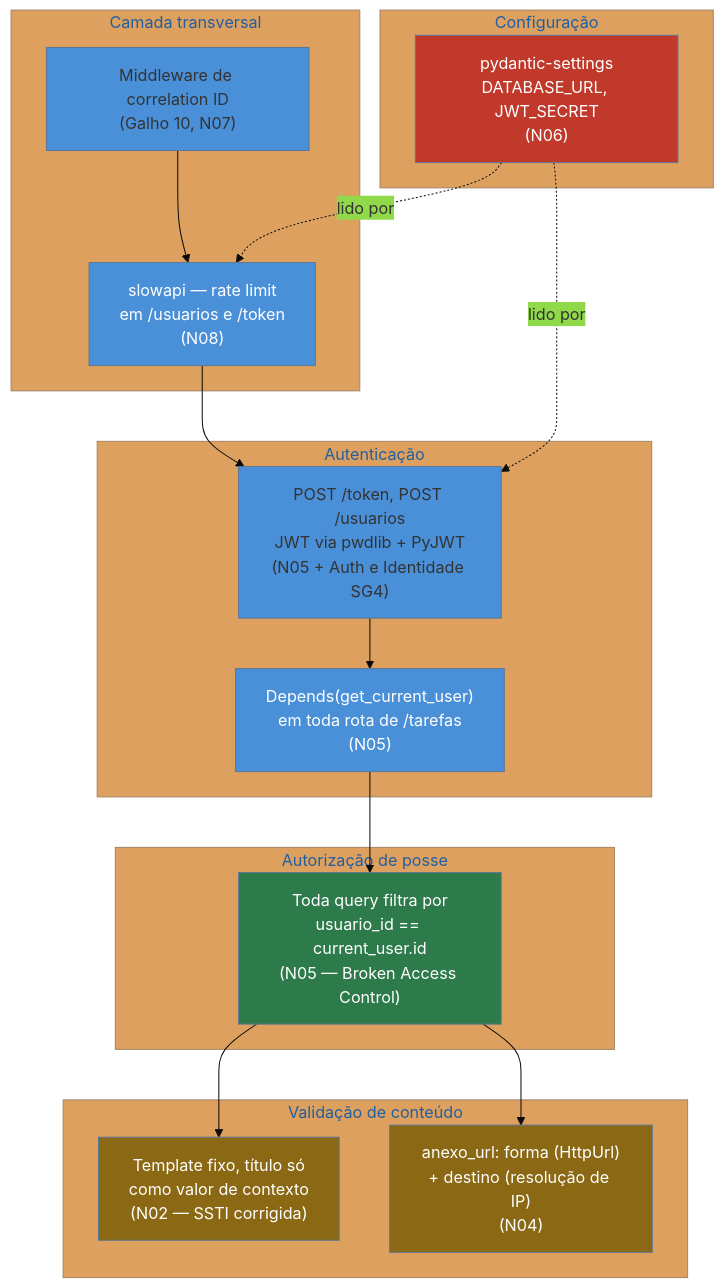
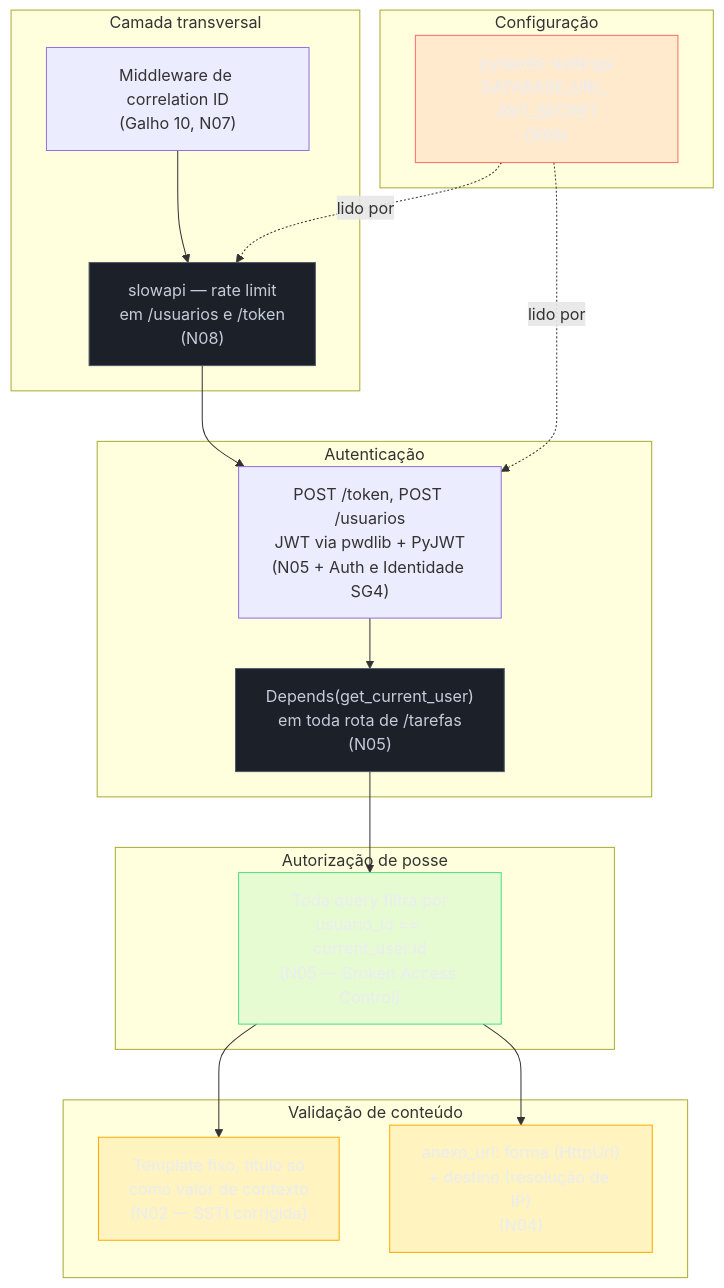
The third of 3 diagrams in 03-Dominios/Tecnologia/Python/Segurança/09 - Capstone — hardening da API do Galho 10.md (josenaldo/codex-technomanticus), drawn with Mermaid before and after one commit. The commit also changed other lines of this file and 1181 other files, not shown here.

First line of the commit message:
fix(diagramas): paleta do sistema no lugar de cor cravada no markdown

````diff
--- a/03-Dominios/Tecnologia/Python/Segurança/09 - Capstone — hardening da API do Galho 10.md
+++ b/03-Dominios/Tecnologia/Python/Segurança/09 - Capstone — hardening da API do Galho 10.md
@@ -598,38 +598,41 @@
 ```mermaid
-%%{init: {"theme": "base", "themeVariables": {"primaryColor": "#4A90D9"}}}%%
 flowchart TB
+    classDef neutro fill:#1B2029,stroke:#4E5666,color:#C6CCD8
+    classDef ok fill:#4ADE8021,stroke:#4ADE80,color:#E9ECF2
+    classDef destaque fill:#FFAA0024,stroke:#FFAA00,color:#E9ECF2
+    classDef falha fill:#FF6B6B24,stroke:#FF6B6B,color:#E9ECF2
     subgraph Entrada["Camada transversal"]
         MW["Middleware de correlation ID\n(Galho 10, N07)"]
         RL["slowapi — rate limit\nem /usuarios e /token\n(N08)"]
     end
 
     subgraph AuthCamada["Autenticação"]
         TOKEN["POST /token, POST /usuarios\nJWT via pwdlib + PyJWT\n(N05 + Auth e Identidade SG4)"]
         DEP_AUTH["Depends(get_current_user)\nem toda rota de /tarefas\n(N05)"]
     end
 
     subgraph Autorizacao["Autorização de posse"]
         FILTRO["Toda query filtra por\nusuario_id == current_user.id\n(N05 — Broken Access Control)"]
     end
 
     subgraph Conteudo["Validação de conteúdo"]
         SSTI["Template fixo, título só\ncomo valor de contexto\n(N02 — SSTI corrigida)"]
         DEST["anexo_url: forma (HttpUrl)\n+ destino (resolução de IP)\n(N04)"]
     end
 
     subgraph Config["Configuração"]
         SET["pydantic-settings\nDATABASE_URL, JWT_SECRET\n(N06)"]
     end
 
     MW --> RL --> TOKEN --> DEP_AUTH --> FILTRO --> SSTI
     FILTRO --> DEST
     SET -.->|"lido por"| TOKEN
     SET -.->|"lido por"| RL
 
-    style RL fill:#4A90D9,color:#fff
-    style DEP_AUTH fill:#4A90D9,color:#fff
-    style FILTRO fill:#2d7a4a,color:#fff
-    style SSTI fill:#8b6914,color:#fff
-    style DEST fill:#8b6914,color:#fff
-    style SET fill:#c0392b,color:#fff
+    class RL neutro
+    class DEP_AUTH neutro
+    class FILTRO ok
+    class SSTI destaque
+    class DEST destaque
+    class SET falha
 ```
````
